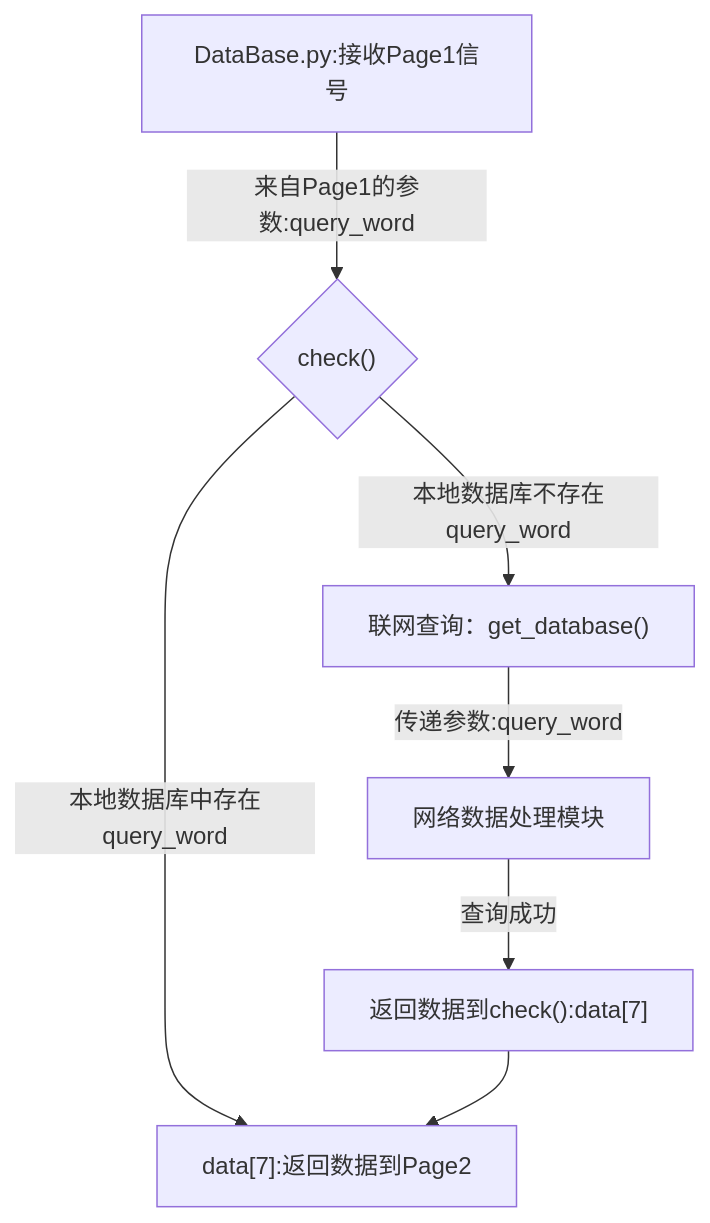
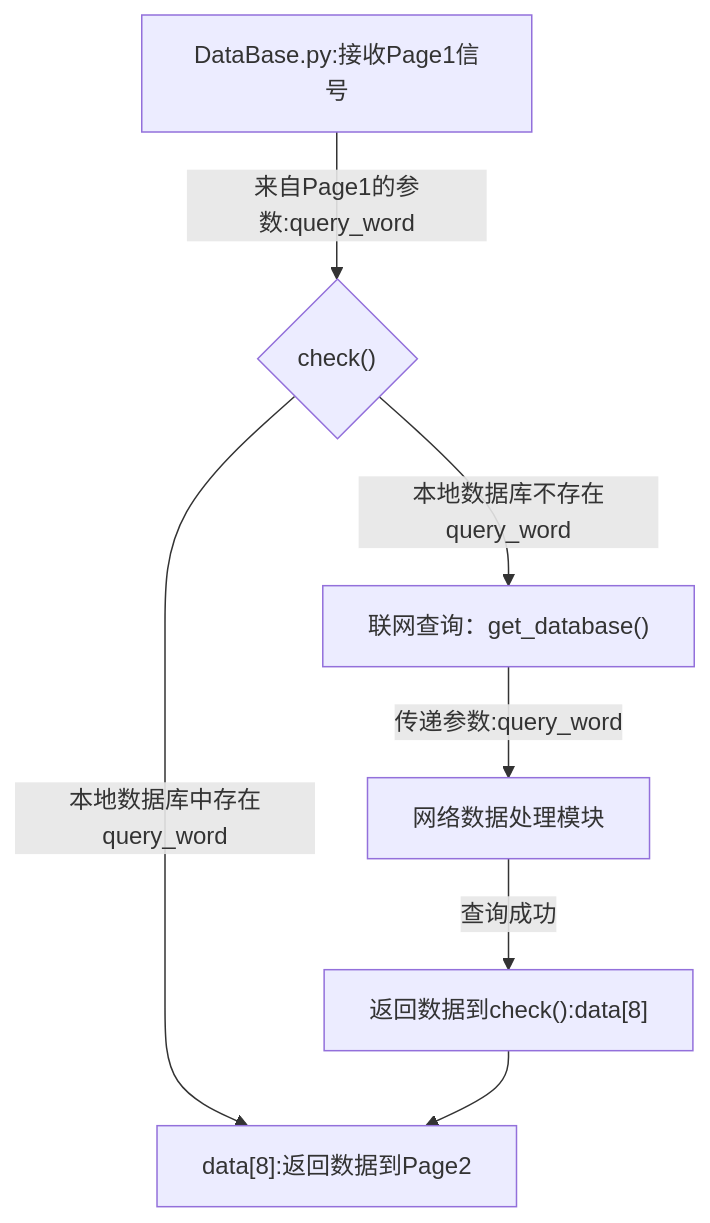
The third of 4 diagrams in README.md (SoDebug/ElectronicDictionary), drawn with Mermaid before and after one commit. The commit also changed other lines of this file, not shown here.

````diff
--- a/README.md
+++ b/README.md
@@ -140,9 +140,9 @@
 ```mermaid
 flowchart TD
 A["DataBase.py:接收Page1信号"] -->|来自Page1的参数:query_word| C{"check()"}
-C{"check()"} -->|本地数据库中存在query_word| D["data[7]:返回数据到Page2"]
+C{"check()"} -->|本地数据库中存在query_word| D["data[8]:返回数据到Page2"]
 C{"check()"} -->|本地数据库不存在query_word| E["联网查询：get_database()"]
 E["联网查询：get_database()"] -->|传递参数:query_word| F["网络数据处理模块"]
-F["网络数据处理模块"] -->|查询成功| G["返回数据到check():data[7]"]
-G["返回数据到check():data[7]"] --> D["data[7]:返回数据到Page2"]
+F["网络数据处理模块"] -->|查询成功| G["返回数据到check():data[8]"]
+G["返回数据到check():data[8]"] --> D["data[8]:返回数据到Page2"]
 ```
````
